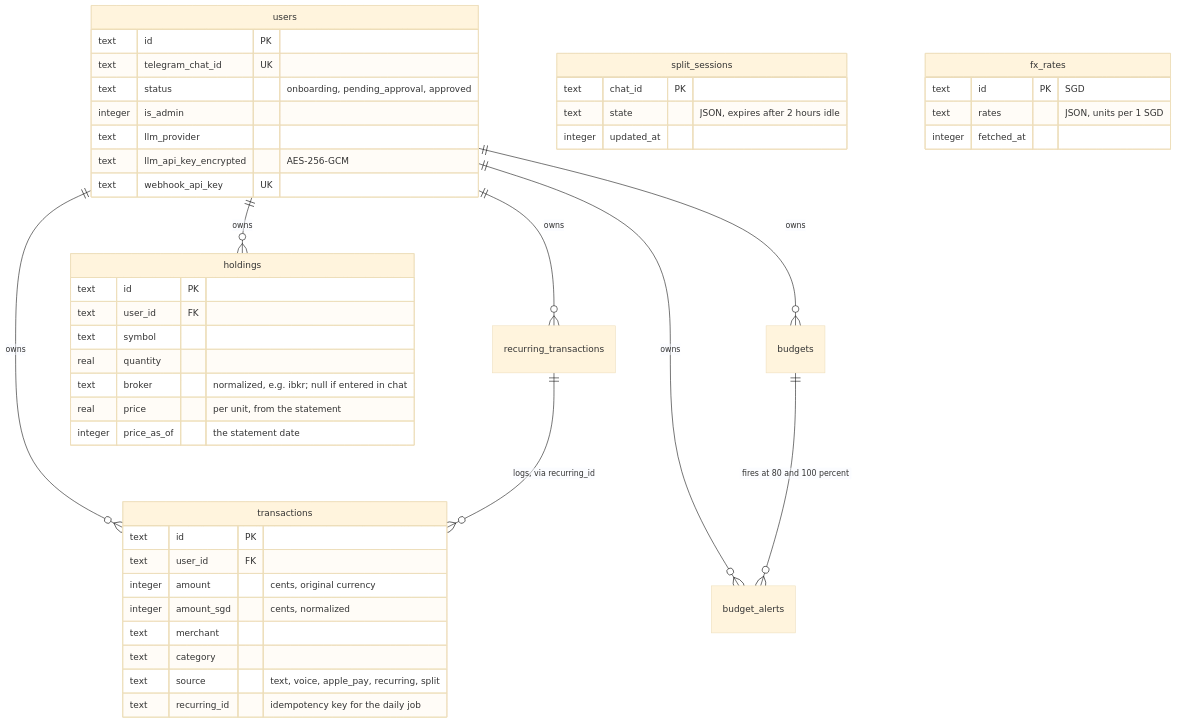
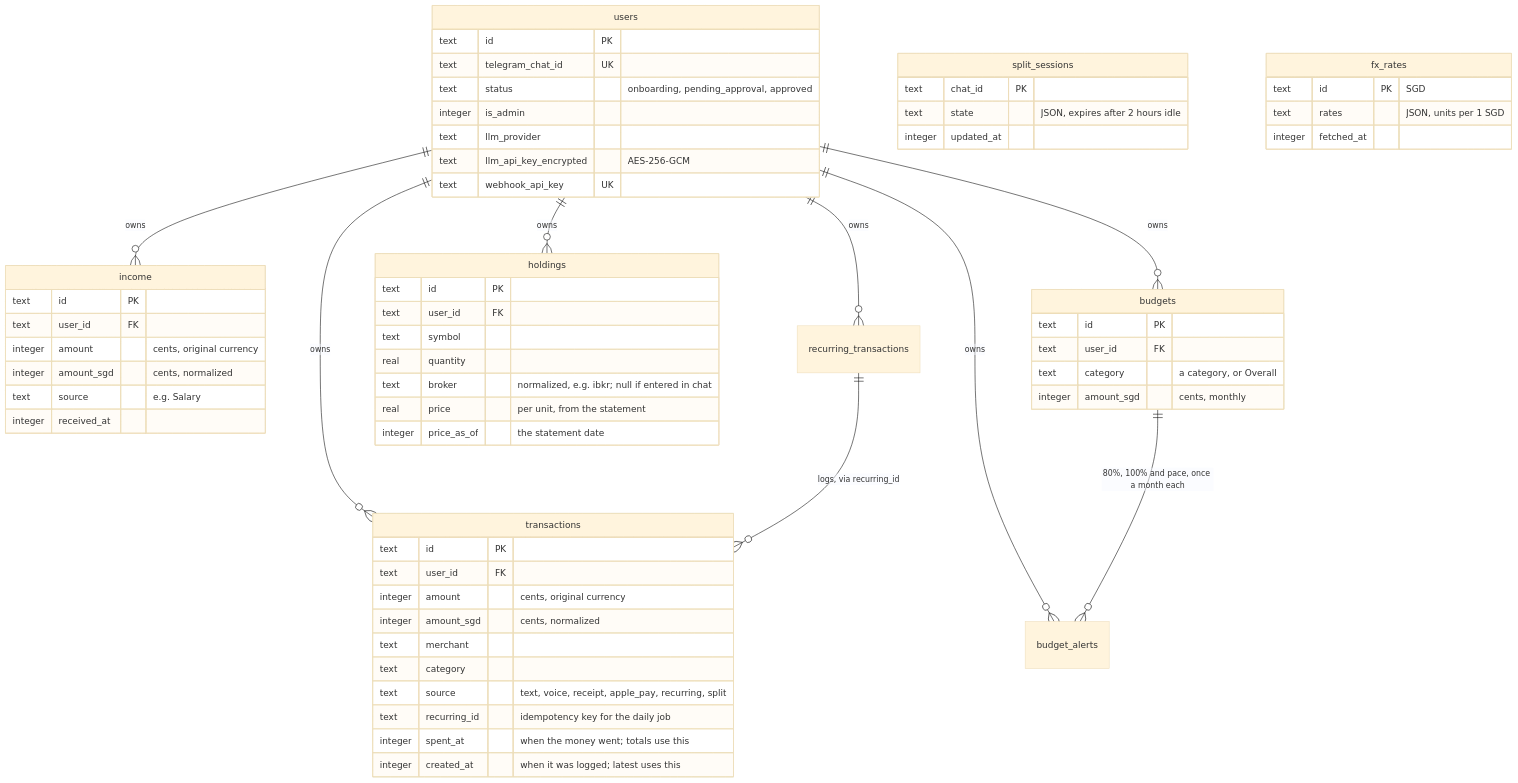
One commit to zzkhong/plutus-ai changed the seventh of 7 diagrams in docs/architecture.md. Above: the diagram before and after it, drawn with Mermaid (base theme). The commit also changed other lines of this file and 3 other files, not shown here.

First line of the commit message:
docs: document buttons, receipts, income, budgets and the month review

````diff
--- a/docs/architecture.md
+++ b/docs/architecture.md
@@ -179,49 +218,66 @@
 ```mermaid
 erDiagram
     users ||--o{ transactions : owns
+    users ||--o{ income : owns
     users ||--o{ budgets : owns
     users ||--o{ budget_alerts : owns
     users ||--o{ holdings : owns
     users ||--o{ recurring_transactions : owns
-    budgets ||--o{ budget_alerts : "fires at 80 and 100 percent"
+    budgets ||--o{ budget_alerts : "80%, 100% and pace, once a month each"
     recurring_transactions ||--o{ transactions : "logs, via recurring_id"
 
     users {
         text id PK
         text telegram_chat_id UK
         text status "onboarding, pending_approval, approved"
         integer is_admin
         text llm_provider
         text llm_api_key_encrypted "AES-256-GCM"
         text webhook_api_key UK
     }
     transactions {
         text id PK
         text user_id FK
         integer amount "cents, original currency"
         integer amount_sgd "cents, normalized"
         text merchant
         text category
-        text source "text, voice, apple_pay, recurring, split"
+        text source "text, voice, receipt, apple_pay, recurring, split"
         text recurring_id "idempotency key for the daily job"
+        integer spent_at "when the money went; totals use this"
+        integer created_at "when it was logged; latest uses this"
+    }
+    income {
+        text id PK
+        text user_id FK
+        integer amount "cents, original currency"
+        integer amount_sgd "cents, normalized"
+        text source "e.g. Salary"
+        integer received_at
+    }
+    budgets {
+        text id PK
+        text user_id FK
+        text category "a category, or Overall"
+        integer amount_sgd "cents, monthly"
     }
     split_sessions {
         text chat_id PK
         text state "JSON, expires after 2 hours idle"
         integer updated_at
     }
     holdings {
         text id PK
         text user_id FK
         text symbol
         real quantity
         text broker "normalized, e.g. ibkr; null if entered in chat"
         real price "per unit, from the statement"
         integer price_as_of "the statement date"
     }
     fx_rates {
         text id PK "SGD"
         text rates "JSON, units per 1 SGD"
         integer fetched_at
     }
 ```
````
